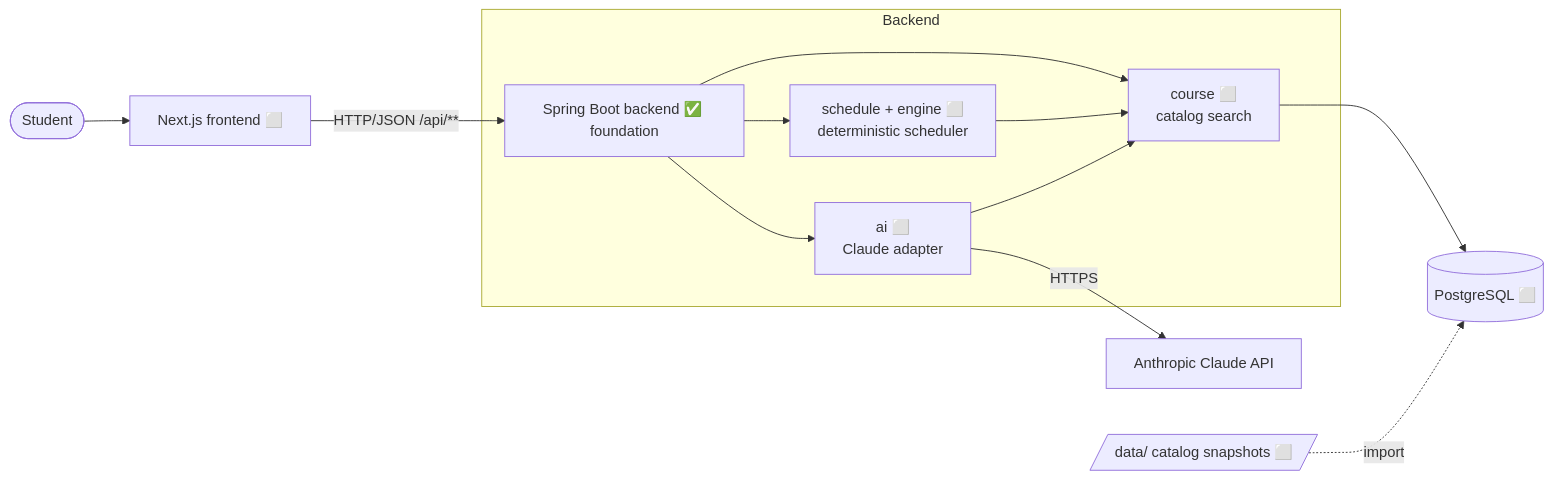
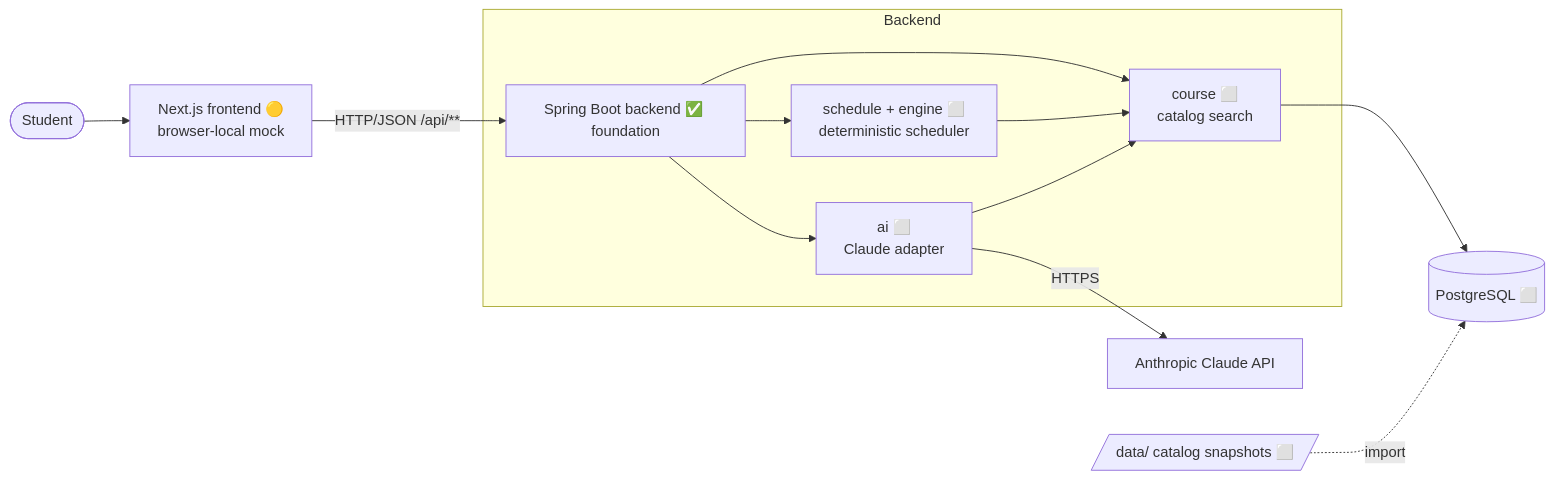
The first of 5 diagrams in docs/architecture.md (04michael4/Hackathon---Registration-AI), drawn with Mermaid before and after one commit. The commit also changed other lines of this file and 37 other files, not shown here.

Commit message:
feat(frontend): migrate browser prototype to Next.js

````diff
--- a/docs/architecture.md
+++ b/docs/architecture.md
@@ -29,15 +29,15 @@
 ```mermaid
 flowchart LR
-    S([Student]) --> FE["Next.js frontend ⬜"]
+    S([Student]) --> FE["Next.js frontend 🟡<br/>browser-local mock"]
     FE -->|"HTTP/JSON /api/**"| API["Spring Boot backend ✅ foundation"]
     subgraph API_INT [Backend]
         API --> COURSE["course ⬜<br/>catalog search"]
         API --> SCHED["schedule + engine ⬜<br/>deterministic scheduler"]
         API --> AI["ai ⬜<br/>Claude adapter"]
     end
     COURSE --> DB[("PostgreSQL ⬜")]
     SCHED --> COURSE
     AI --> COURSE
     AI -->|HTTPS| CLAUDE["Anthropic Claude API"]
     DATA[/"data/ catalog snapshots ⬜"/] -.->|import| DB
 ```
````
